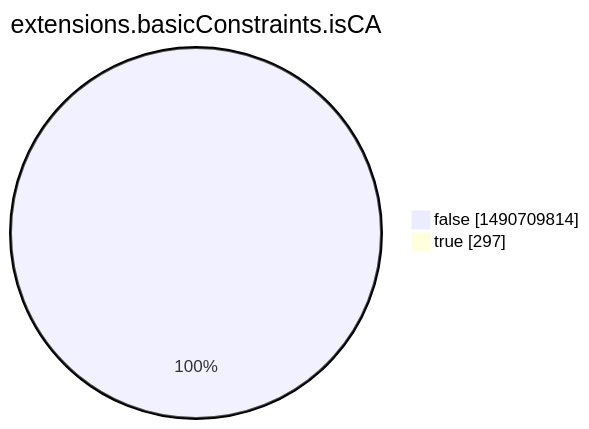
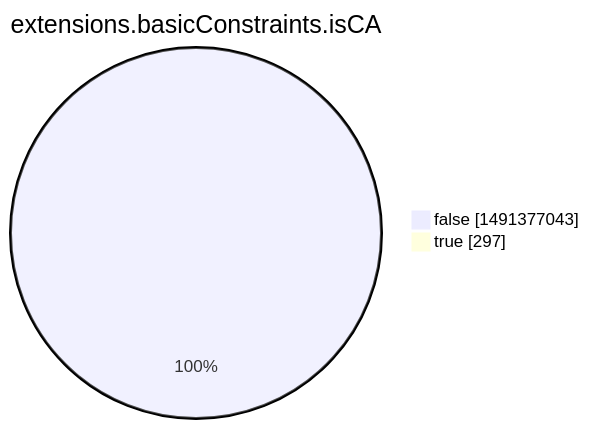
Before and after one commit to christiankrug/ctmonitor_visualization: the eighth of 15 diagrams in argon2022/README.md, drawn with Mermaid. The commit also changed other lines of this file, not shown here.

````diff
--- a/argon2022/README.md
+++ b/argon2022/README.md
@@ -2760,6 +2760,6 @@
 ```mermaid
 pie showData
 title extensions.basicConstraints.isCA
-"false" :1490709814
+"false" :1491377043
 "true" :297
 ```
````
